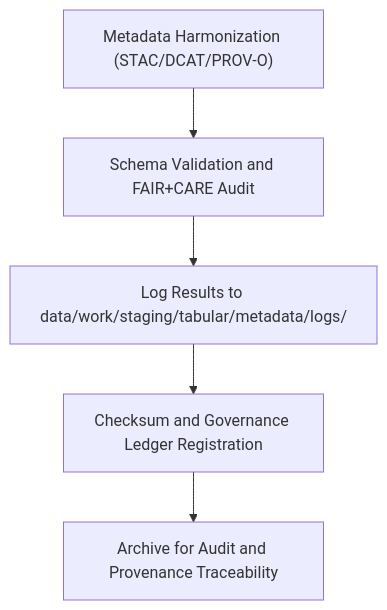
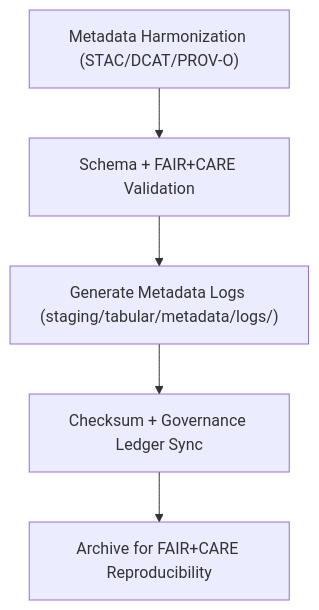
Before and after one commit to bartytime4life/Kansas-Frontier-Matrix: the diagram in data/work/staging/tabular/metadata/logs/README.md, drawn with Mermaid. The commit also changed other lines of this file, not shown here.

````diff
--- a/data/work/staging/tabular/metadata/logs/README.md
+++ b/data/work/staging/tabular/metadata/logs/README.md
@@ -62,7 +65,7 @@
 ```mermaid
 flowchart TD
-    A["Metadata Harmonization (STAC/DCAT/PROV-O)"] --> B["Schema Validation and FAIR+CARE Audit"]
-    B --> C["Log Results to data/work/staging/tabular/metadata/logs/"]
-    C --> D["Checksum and Governance Ledger Registration"]
-    D --> E["Archive for Audit and Provenance Traceability"]
+    A["Metadata Harmonization (STAC/DCAT/PROV-O)"] --> B["Schema + FAIR+CARE Validation"]
+    B --> C["Generate Metadata Logs (staging/tabular/metadata/logs/)"]
+    C --> D["Checksum + Governance Ledger Sync"]
+    D --> E["Archive for FAIR+CARE Reproducibility"]
 ```
````
